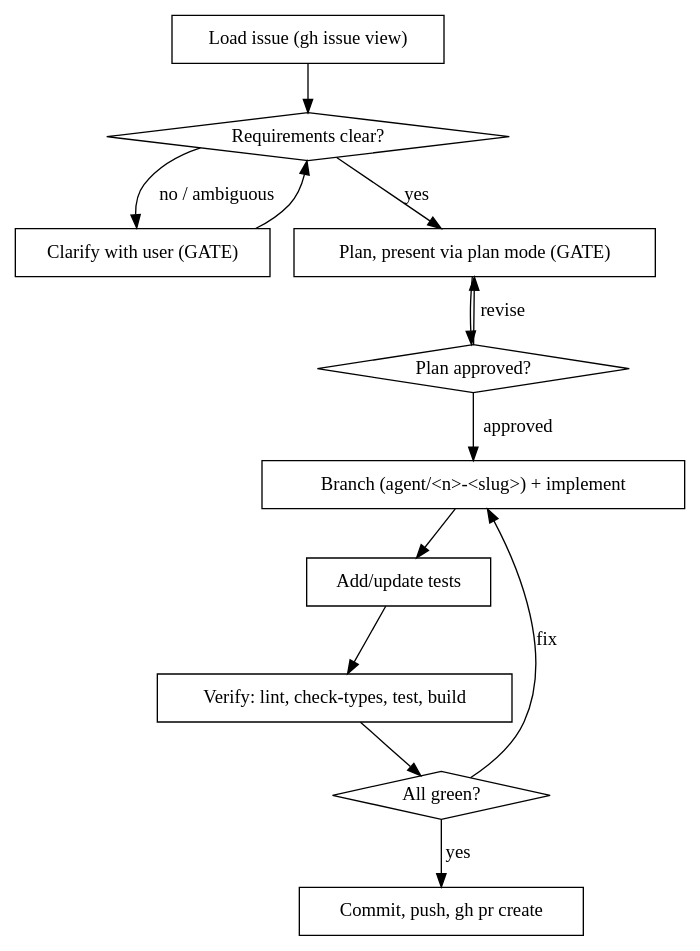
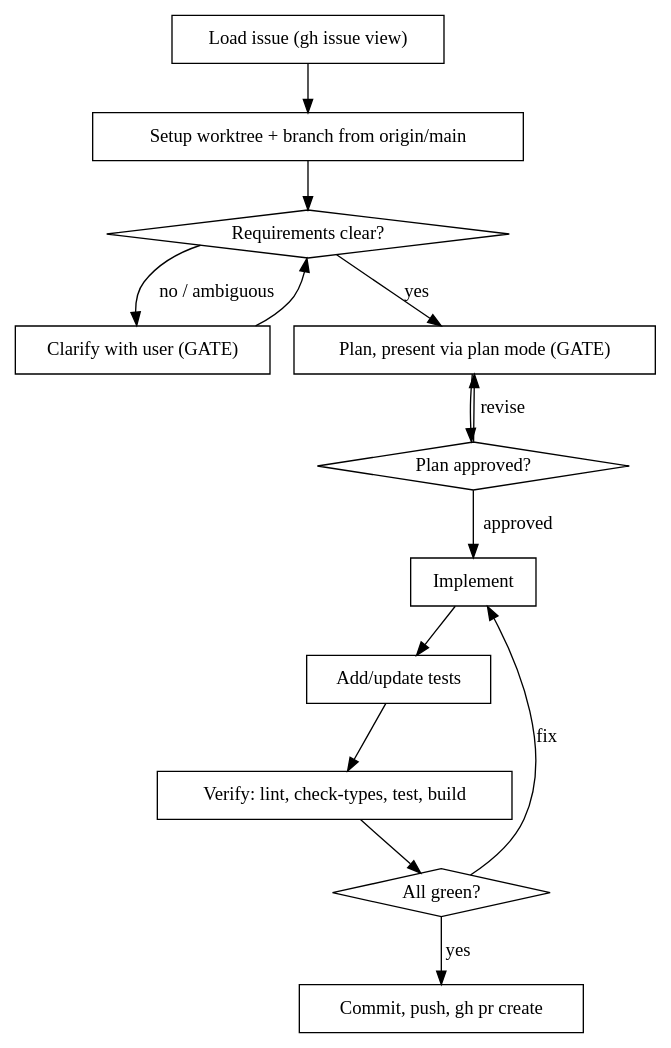
The diagram in .claude/skills/fix-issue/SKILL.md (staccatoapp/staccato), drawn with Graphviz before and after one commit. The commit also changed other lines of this file, not shown here.

Commit message:
Update skill to ensure worktree is setup before planning, avoiding conflicts with any pending changes I am making on the main worktree

````diff
--- a/.claude/skills/fix-issue/SKILL.md
+++ b/.claude/skills/fix-issue/SKILL.md
@@ -30,25 +30,27 @@
 ```dot
 digraph issue_to_pr {
   "Load issue (gh issue view)" [shape=box];
+  "Setup worktree + branch from origin/main" [shape=box];
   "Requirements clear?" [shape=diamond];
   "Clarify with user (GATE)" [shape=box];
   "Plan, present via plan mode (GATE)" [shape=box];
   "Plan approved?" [shape=diamond];
-  "Branch (agent/<n>-<slug>) + implement" [shape=box];
+  "Implement" [shape=box];
   "Add/update tests" [shape=box];
   "Verify: lint, check-types, test, build" [shape=box];
   "All green?" [shape=diamond];
   "Commit, push, gh pr create" [shape=box];
 
-  "Load issue (gh issue view)" -> "Requirements clear?";
+  "Load issue (gh issue view)" -> "Setup worktree + branch from origin/main";
+  "Setup worktree + branch from origin/main" -> "Requirements clear?";
   "Requirements clear?" -> "Clarify with user (GATE)" [label="no / ambiguous"];
   "Clarify with user (GATE)" -> "Requirements clear?";
   "Requirements clear?" -> "Plan, present via plan mode (GATE)" [label="yes"];
   "Plan, present via plan mode (GATE)" -> "Plan approved?";
   "Plan approved?" -> "Plan, present via plan mode (GATE)" [label="revise"];
-  "Plan approved?" -> "Branch (agent/<n>-<slug>) + implement" [label="approved"];
-  "Branch (agent/<n>-<slug>) + implement" -> "Add/update tests" -> "Verify: lint, check-types, test, build" -> "All green?";
-  "All green?" -> "Branch (agent/<n>-<slug>) + implement" [label="fix"];
+  "Plan approved?" -> "Implement" [label="approved"];
+  "Implement" -> "Add/update tests" -> "Verify: lint, check-types, test, build" -> "All green?";
+  "All green?" -> "Implement" [label="fix"];
   "All green?" -> "Commit, push, gh pr create" [label="yes"];
 }
 ```
````
